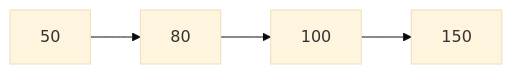
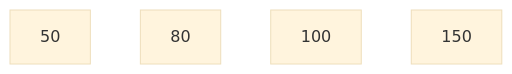
One commit to Moku3956/tech-blog changed the fifth of 22 diagrams in articles/5d46e9e4608404.md. Above: the diagram before and after it, drawn with Mermaid (base theme). The commit also changed other lines of this file, not shown here.

Commit message:
配列の図から矢印を削除(リンクリストと誤解されるため)

````diff
--- a/articles/5d46e9e4608404.md
+++ b/articles/5d46e9e4608404.md
@@ -108,4 +108,4 @@
 ```mermaid
 graph LR
-    A["50"] --> B["80"] --> C["100"] --> D["150"]
+    A["50"] ~~~ B["80"] ~~~ C["100"] ~~~ D["150"]
 ```
````
